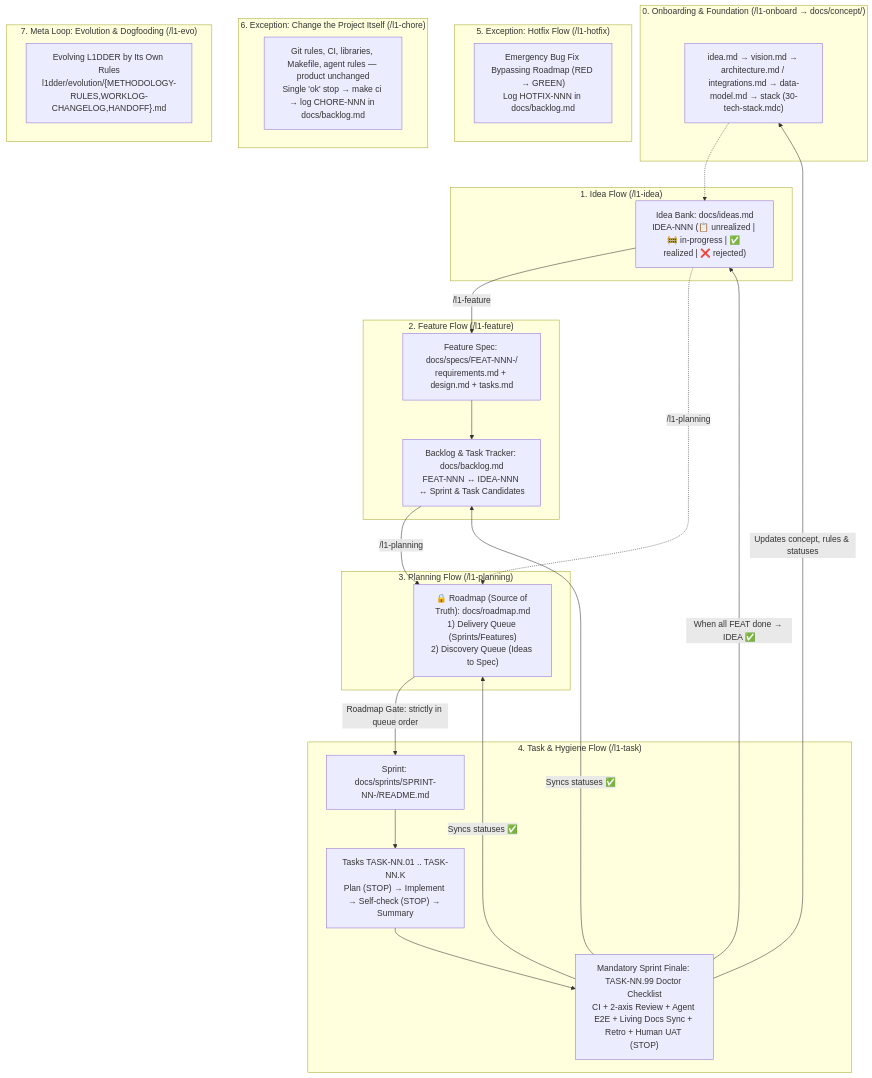
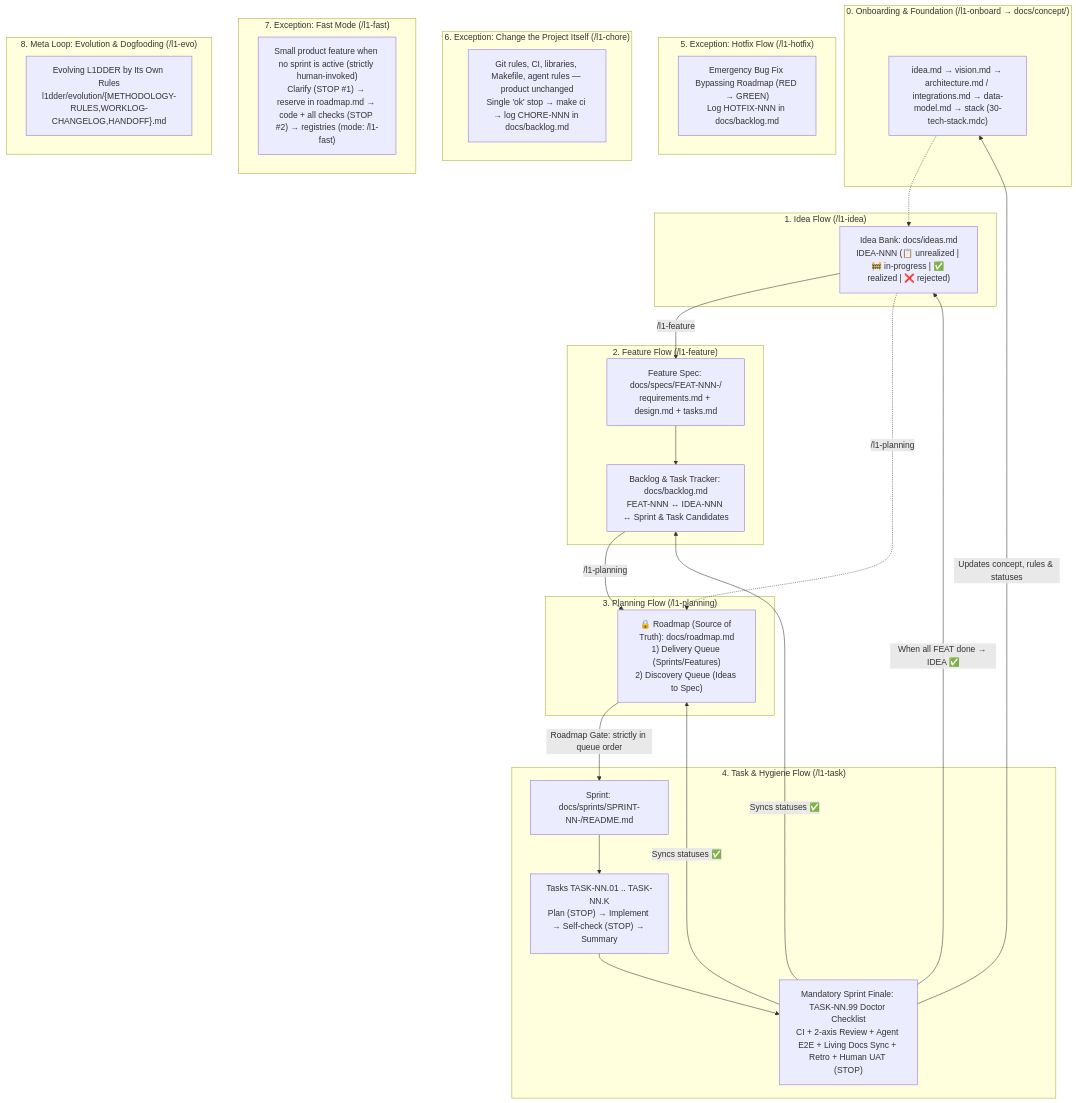
Before and after one commit to ledvanoff/l1dder: the diagram in assets/i18n/en/METHODOLOGY.md, drawn with Mermaid. The commit also changed other lines of this file and 41 other files, not shown here.

Commit message:
docs(guide): explain /l1-fast and sprint rejection across guides, methodology and site

````diff
--- a/assets/i18n/en/METHODOLOGY.md
+++ b/assets/i18n/en/METHODOLOGY.md
@@ -12,50 +12,54 @@
 ```mermaid
 flowchart TB
     subgraph foundation["0. Onboarding & Foundation (/l1-onboard → docs/concept/)"]
         CON["idea.md → vision.md → architecture.md / integrations.md → data-model.md → stack (30-tech-stack.mdc)"]
     end
 
     subgraph flow1["1. Idea Flow (/l1-idea)"]
         IDEAS["Idea Bank: docs/ideas.md<br/>IDEA-NNN (📋 unrealized | 🚧 in-progress | ✅ realized | ❌ rejected)"]
     end
 
     subgraph flow2["2. Feature Flow (/l1-feature)"]
         SPECS["Feature Spec: docs/specs/FEAT-NNN-<slug>/<br/>requirements.md + design.md + tasks.md"]
         BACKLOG["Backlog & Task Tracker: docs/backlog.md<br/>FEAT-NNN ↔ IDEA-NNN ↔ Sprint & Task Candidates"]
     end
 
     subgraph flow3["3. Planning Flow (/l1-planning)"]
         ROADMAP["🔒 Roadmap (Source of Truth): docs/roadmap.md<br/>1) Delivery Queue (Sprints/Features)<br/>2) Discovery Queue (Ideas to Spec)"]
     end
 
     subgraph flow4["4. Task & Hygiene Flow (/l1-task)"]
         SPRINT["Sprint: docs/sprints/SPRINT-NN-<slug>/README.md"]
         TASKS["Tasks TASK-NN.01 .. TASK-NN.K<br/>Plan (STOP) → Implement → Self-check (STOP) → Summary"]
         DOCTOR["Mandatory Sprint Finale: TASK-NN.99 Doctor Checklist<br/>CI + 2-axis Review + Agent E2E + Living Docs Sync + Retro + Human UAT (STOP)"]
     end
 
     subgraph flow5["5. Exception: Hotfix Flow (/l1-hotfix)"]
         HOTFIX["Emergency Bug Fix Bypassing Roadmap (RED → GREEN)<br/>Log HOTFIX-NNN in docs/backlog.md"]
     end
 
     subgraph flowChore["6. Exception: Change the Project Itself (/l1-chore)"]
         CHORE["Git rules, CI, libraries, Makefile, agent rules — product unchanged<br/>Single 'ok' stop → make ci → log CHORE-NNN in docs/backlog.md"]
     end
 
-    subgraph flow6["7. Meta Loop: Evolution & Dogfooding (/l1-evo)"]
+    subgraph flowFast["7. Exception: Fast Mode (/l1-fast)"]
+        FAST["Small product feature when no sprint is active (strictly human-invoked)<br/>Clarify (STOP #1) → reserve in roadmap.md → code + all checks (STOP #2) → registries (mode: /l1-fast)"]
+    end
+
+    subgraph flow6["8. Meta Loop: Evolution & Dogfooding (/l1-evo)"]
         EVO["Evolving L1DDER by Its Own Rules<br/>l1dder/evolution/{METHODOLOGY-RULES,WORKLOG-CHANGELOG,HANDOFF}.md"]
     end
 
     CON -.-> IDEAS
     IDEAS -->|"/l1-feature"| SPECS
     SPECS --> BACKLOG
     IDEAS -.->|"/l1-planning"| ROADMAP
     BACKLOG -->|"/l1-planning"| ROADMAP
     ROADMAP -->|"Roadmap Gate: strictly in queue order"| SPRINT
     SPRINT --> TASKS
     TASKS --> DOCTOR
     DOCTOR -->|"Updates concept, rules & statuses"| CON
     DOCTOR -->|"Syncs statuses ✅"| ROADMAP
     DOCTOR -->|"Syncs statuses ✅"| BACKLOG
     DOCTOR -->|"When all FEAT done → IDEA ✅"| IDEAS
 ```
````
